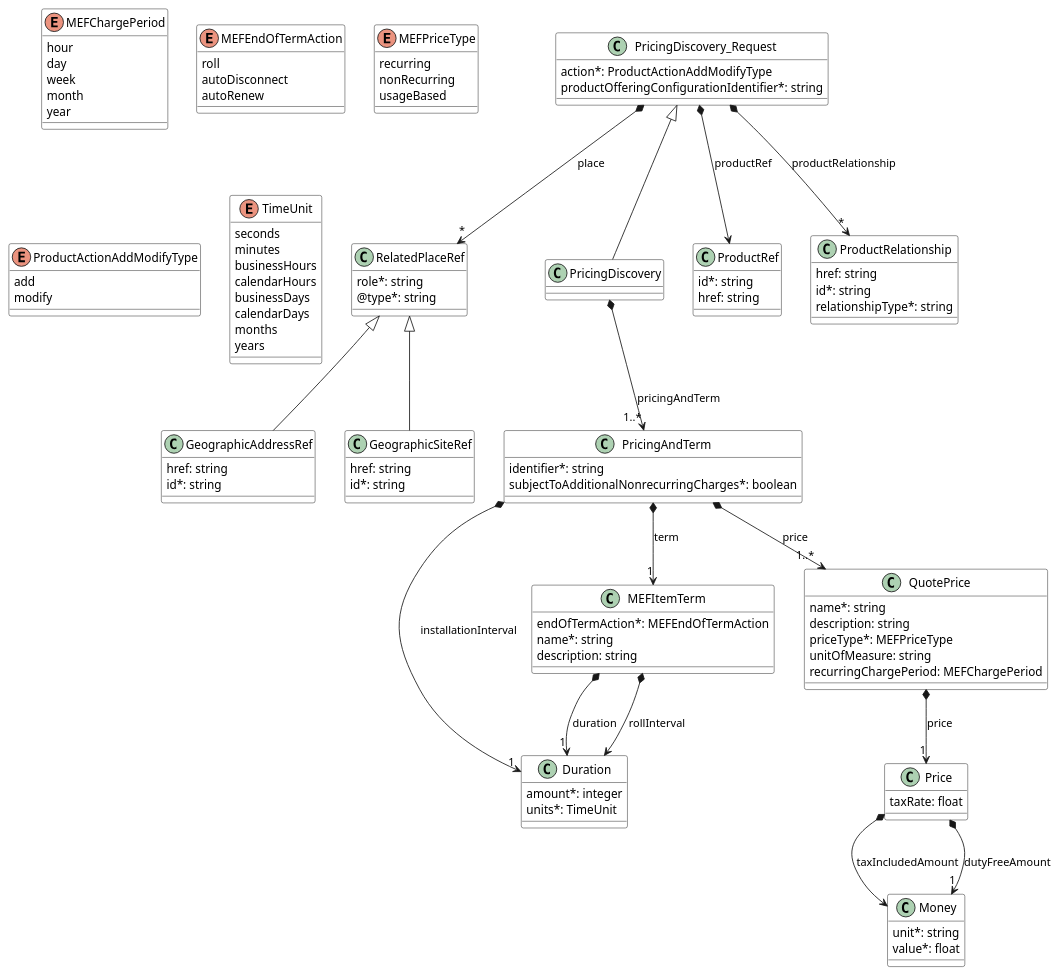
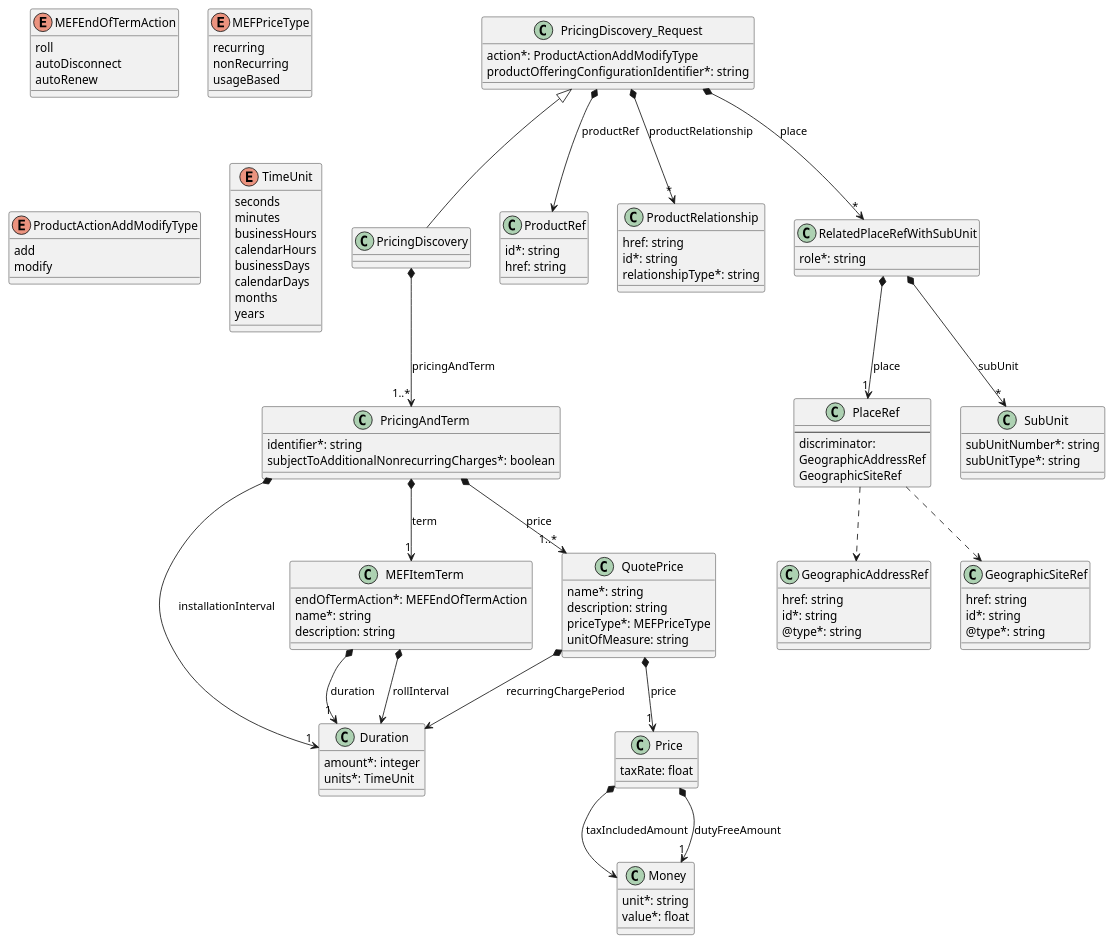
The diagram in documentation/productApi/availabilityAndPricingDiscovery/media/src/uc2model.puml (MEF-GIT/MEF-LSO-Sonata-SDK), drawn with PlantUML before and after one commit. The commit also changed 456 other files, not shown here.

```diff
--- a/documentation/productApi/availabilityAndPricingDiscovery/media/src/uc2model.puml
+++ b/documentation/productApi/availabilityAndPricingDiscovery/media/src/uc2model.puml
@@ -1,164 +1,172 @@
 @startuml
-skinparam {
-    ClassBackgroundColor White
-    ClassBorderColor Black
-}
 
 class Duration {
 
     amount*: integer
     units*: TimeUnit
 }
 
 
-
-class GeographicAddressRef {
-
-    href: string
-    id*: string
-}
-RelatedPlaceRef <|-- GeographicAddressRef
-
-
-
-class GeographicSiteRef {
-
-    href: string
-    id*: string
-}
-RelatedPlaceRef <|-- GeographicSiteRef
-
-
-
-enum MEFChargePeriod {
-
-    hour
-    day
-    week
-    month
-    year
-}
 enum MEFEndOfTermAction {
 
     roll
     autoDisconnect
     autoRenew
 }
 class MEFItemTerm {
 
     endOfTermAction*: MEFEndOfTermAction
     name*: string
     description: string
 }
 
 MEFItemTerm *-->"1" Duration : duration
 MEFItemTerm *--> Duration : rollInterval
 
 
 enum MEFPriceType {
 
     recurring
     nonRecurring
     usageBased
 }
 class Money {
 
     unit*: string
     value*: float
 }
 
 
 
 class Price {
 
     taxRate: float
 }
 
 Price *--> Money : taxIncludedAmount
 Price *-->"1" Money : dutyFreeAmount
 
 
 class PricingAndTerm {
 
     identifier*: string
     subjectToAdditionalNonrecurringCharges*: boolean
 }
 
 PricingAndTerm *-->"1" Duration : installationInterval
 PricingAndTerm *-->"1" MEFItemTerm : term
 PricingAndTerm *-->"1..*" QuotePrice : price
 
 class PricingDiscovery {
 
 }
 PricingDiscovery_Request <|-- PricingDiscovery
 
 PricingDiscovery *-->"1..*" PricingAndTerm : pricingAndTerm
 
 
 class PricingDiscovery_Request {
 
     action*: ProductActionAddModifyType
     productOfferingConfigurationIdentifier*: string
 }
 
 PricingDiscovery_Request *--> ProductRef : productRef
 PricingDiscovery_Request *-->"*" ProductRelationship : productRelationship
-PricingDiscovery_Request *-->"*" RelatedPlaceRef : place
+PricingDiscovery_Request *-->"*" RelatedPlaceRefWithSubUnit : place
 
 
 enum ProductActionAddModifyType {
 
     add
     modify
 }
 
 
 class ProductRef {
 
     id*: string
     href: string
 }
 
 
 
 class ProductRelationship {
 
     href: string
     id*: string
     relationshipType*: string
 }
 
 
 class QuotePrice {
 
     name*: string
     description: string
     priceType*: MEFPriceType
     unitOfMeasure: string
-    recurringChargePeriod: MEFChargePeriod
 }
 
+QuotePrice *--> Duration : recurringChargePeriod
+
 QuotePrice *-->"1" Price : price
-
-
-class RelatedPlaceRef {
-
-    role*: string
-    @type*: string
-}
 
 
 
 enum TimeUnit {
 
     seconds
     minutes
     businessHours
     calendarHours
     businessDays
     calendarDays
     months
     years
 }
+
+
+class GeographicAddressRef {
+
+    href: string
+    id*: string
+    @type*: string
+}
+
+
+
+
+class GeographicSiteRef {
+
+    href: string
+    id*: string
+    @type*: string
+}
+
+
+
+class RelatedPlaceRefWithSubUnit {
+
+    role*: string
+}
+
+RelatedPlaceRefWithSubUnit *-->"1" PlaceRef : place
+RelatedPlaceRefWithSubUnit *-->"*" SubUnit : subUnit
+
+
+class SubUnit {
+
+    subUnitNumber*: string
+    subUnitType*: string
+}
+
+
+class PlaceRef {
+    --
+    discriminator:
+    GeographicAddressRef
+    GeographicSiteRef
+}
+PlaceRef ..> GeographicAddressRef : """"
+PlaceRef ..> GeographicSiteRef : """"
 @enduml
```
